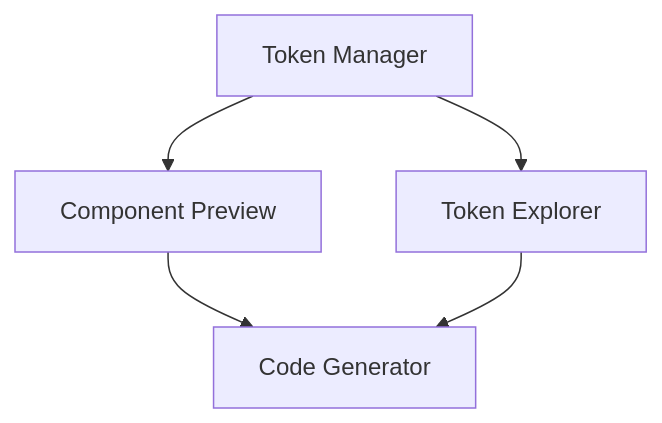
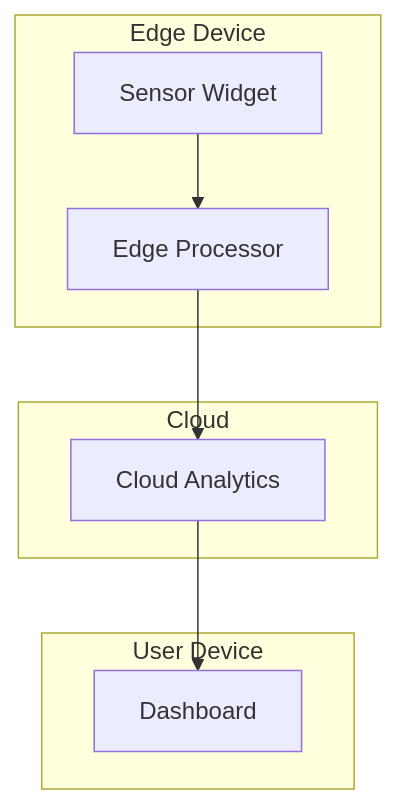
The seventh of 7 diagrams in dream/001-widget-communication.md (usirin/monorepo), drawn with Mermaid before and after one commit. The commit also changed other lines of this file, not shown here.

````diff
--- a/dream/001-widget-communication.md
+++ b/dream/001-widget-communication.md
@@ -60,7 +127,17 @@
 ```mermaid
 graph TD
-    A[Token Manager] --> B[Component Preview]
-    A --> C[Token Explorer]
-    B --> D[Code Generator]
-    C --> D
+    A[Sensor Widget] --> B[Edge Processor]
+    B --> C[Cloud Analytics]
+    C --> D[Dashboard]
+    
+    subgraph Edge Device
+        A
+        B
+    end
+    subgraph Cloud
+        C
+    end
+    subgraph User Device
+        D
+    end
 ```
````
